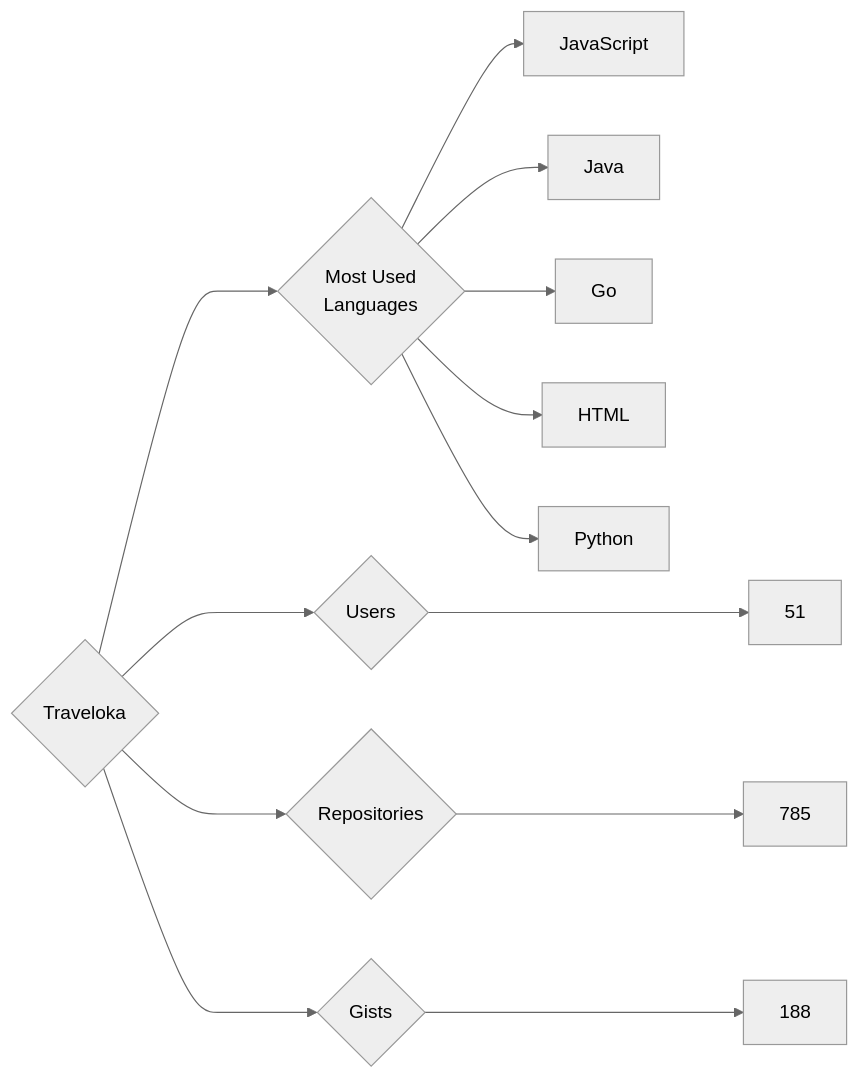
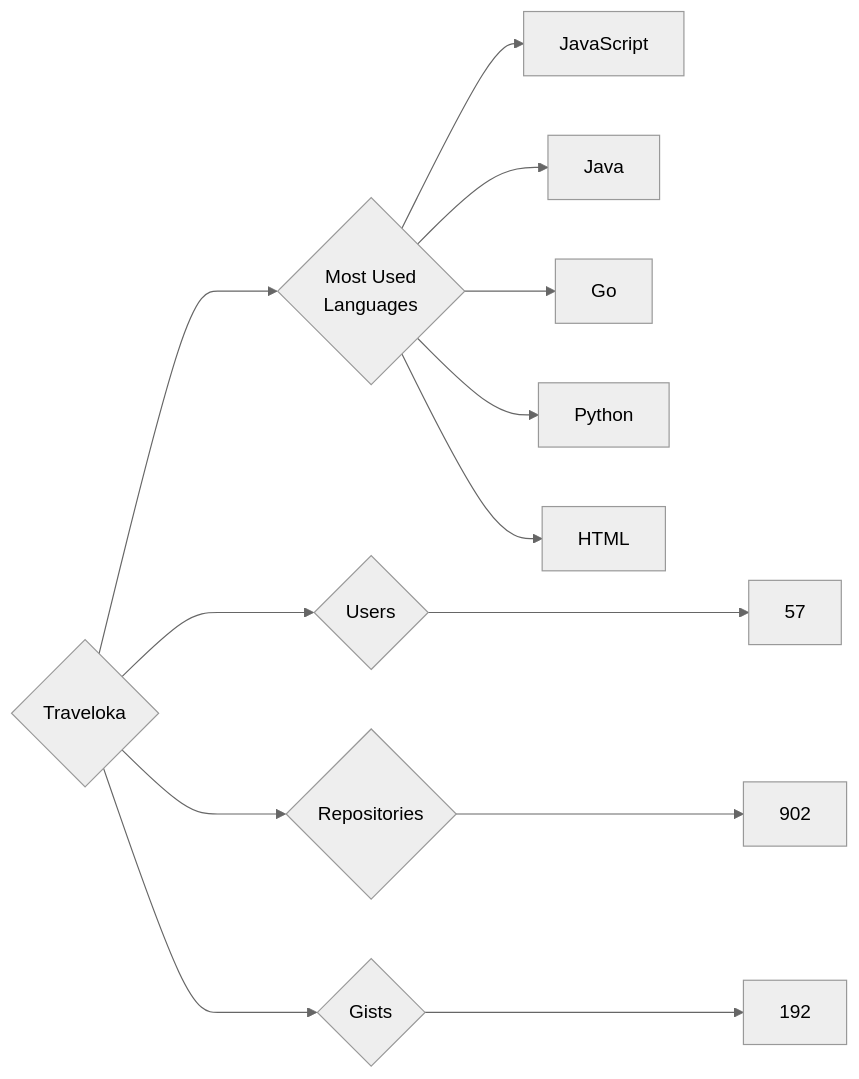
The diagram in targets/Traveloka/README.md (trickest/insiders), drawn with Mermaid (neutral theme) before and after one commit. The commit also changed 965 other files, not shown here.

````diff
--- a/targets/Traveloka/README.md
+++ b/targets/Traveloka/README.md
@@ -3,13 +3,13 @@
 ```mermaid
 graph LR
 COMPANY_NAME{Traveloka}
-COMPANY_NAME ---> U{Users} ---> UN[51]
-COMPANY_NAME ---> R{Repositories} ---> RN[785]
-COMPANY_NAME ---> G{Gists} ---> GN[188]
+COMPANY_NAME ---> U{Users} ---> UN[57]
+COMPANY_NAME ---> R{Repositories} ---> RN[902]
+COMPANY_NAME ---> G{Gists} ---> GN[192]
 COMPANY_NAME ---> ML{Most Used<br>Languages}
 ML --> JavaScript[JavaScript]
 ML --> Java[Java]
 ML --> Go[Go]
+ML --> Python[Python]
 ML --> HTML[HTML]
-ML --> Python[Python]
 ```
````
